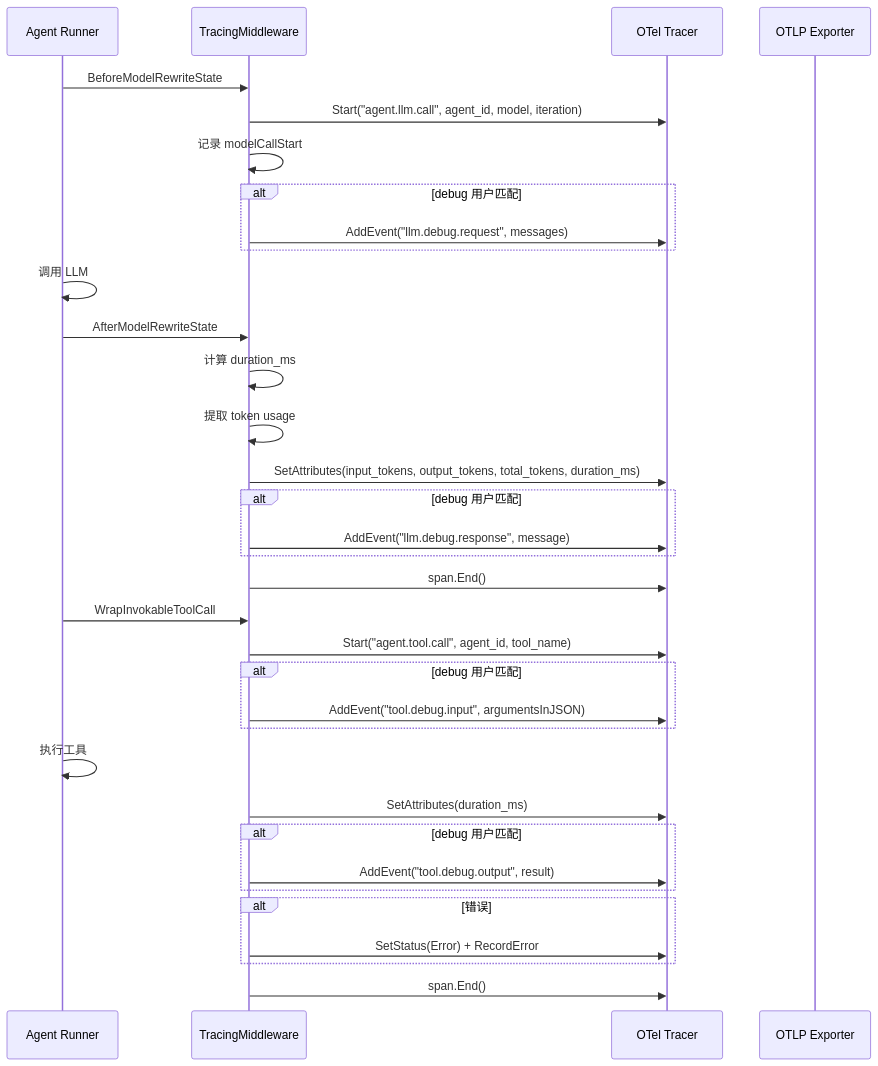
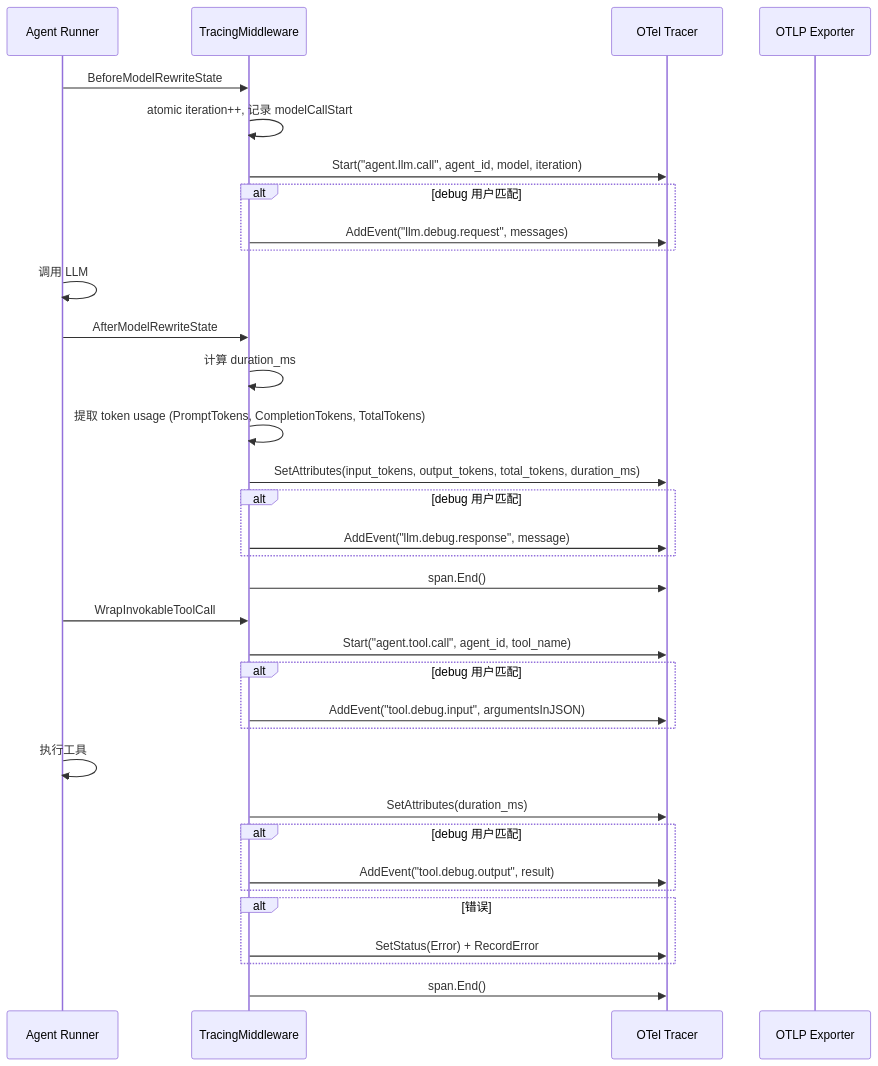
One commit to PineappleBond/xyncra-server changed diagram 12 of 14 in wiki/flows/cli-observability.md. Above: the diagram before and after it, drawn with Mermaid. The commit also changed other lines of this file and 21 other files, not shown here.

````diff
--- a/wiki/flows/cli-observability.md
+++ b/wiki/flows/cli-observability.md
@@ -626,39 +653,39 @@
 ```mermaid
 sequenceDiagram
     participant Agent as Agent Runner
     participant TM as TracingMiddleware
     participant OTel as OTel Tracer
     participant Exporter as OTLP Exporter
 
     Agent->>TM: BeforeModelRewriteState
+    TM->>TM: atomic iteration++, 记录 modelCallStart
     TM->>OTel: Start("agent.llm.call", agent_id, model, iteration)
-    TM->>TM: 记录 modelCallStart
     alt debug 用户匹配
         TM->>OTel: AddEvent("llm.debug.request", messages)
     end
 
     Agent->>Agent: 调用 LLM
     Agent->>TM: AfterModelRewriteState
     TM->>TM: 计算 duration_ms
-    TM->>TM: 提取 token usage
+    TM->>TM: 提取 token usage (PromptTokens, CompletionTokens, TotalTokens)
     TM->>OTel: SetAttributes(input_tokens, output_tokens, total_tokens, duration_ms)
     alt debug 用户匹配
         TM->>OTel: AddEvent("llm.debug.response", message)
     end
     TM->>OTel: span.End()
 
     Agent->>TM: WrapInvokableToolCall
     TM->>OTel: Start("agent.tool.call", agent_id, tool_name)
     alt debug 用户匹配
         TM->>OTel: AddEvent("tool.debug.input", argumentsInJSON)
     end
     Agent->>Agent: 执行工具
     TM->>OTel: SetAttributes(duration_ms)
     alt debug 用户匹配
         TM->>OTel: AddEvent("tool.debug.output", result)
     end
     alt 错误
         TM->>OTel: SetStatus(Error) + RecordError
     end
     TM->>OTel: span.End()
 ```
````
